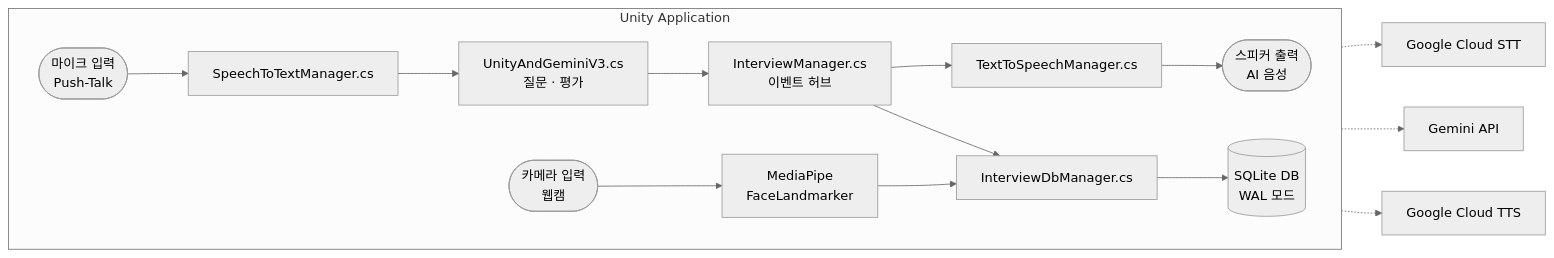
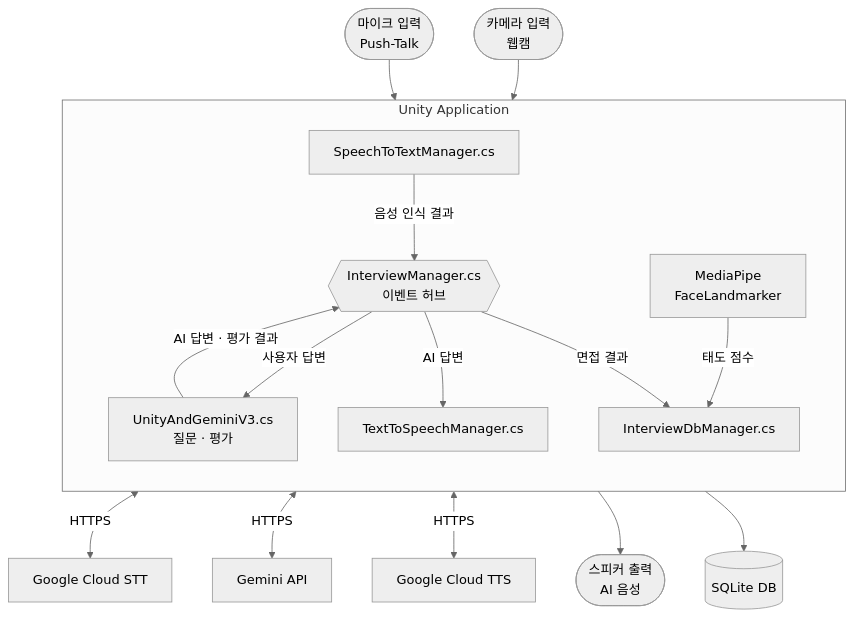
One commit to GoldenCreature/AI-Interview-Coach changed the first of 2 diagrams in README.md. Above: the diagram before and after it, drawn with Mermaid (neutral theme). The commit also changed other lines of this file, not shown here.

````diff
--- a/README.md
+++ b/README.md
@@ -52,19 +51,35 @@
 ```mermaid
-flowchart LR
+flowchart TB
+    Mic(["마이크 입력<br/>Push-Talk"])
+    Cam(["카메라 입력<br/>웹캠"])
+    Spk(["스피커 출력<br/>AI 음성"])
+
     subgraph Unity["Unity Application"]
-        direction LR
-        Mic(["마이크 입력<br/>Push-Talk"]) --> STT["SpeechToTextManager.cs"]
-        STT --> GEM["UnityAndGeminiV3.cs<br/>질문 · 평가"]
-        GEM --> IM["InterviewManager.cs<br/>이벤트 허브"]
-        IM --> TTS["TextToSpeechManager.cs"]
-        TTS --> Spk(["스피커 출력<br/>AI 음성"])
-        Cam(["카메라 입력<br/>웹캠"]) --> MP["MediaPipe<br/>FaceLandmarker"]
-        MP --> DBM["InterviewDbManager.cs"]
-        IM --> DBM
-        DBM --> SQL[("SQLite DB<br/>WAL 모드")]
+        direction TB
+        MP["MediaPipe<br/>FaceLandmarker"]
+        STT["SpeechToTextManager.cs"]
+        IM{{"InterviewManager.cs<br/>이벤트 허브"}}
+        GEM["UnityAndGeminiV3.cs<br/>질문 · 평가"]
+        TTS["TextToSpeechManager.cs"]
+        DBM["InterviewDbManager.cs"]
     end
 
-    STT -.-> GSTT["Google Cloud STT"]
-    GEM -.-> GAPI["Gemini API"]
-    TTS -.-> GTTS["Google Cloud TTS"]
+    GSTT["Google Cloud STT"]
+    GAPI["Gemini API"]
+    GTTS["Google Cloud TTS"]
+    SQL[("SQLite DB")]
+
+    Mic --> STT
+    STT <-->|"HTTPS"| GSTT
+    STT -->|"음성 인식 결과"| IM
+    IM -->|"사용자 답변"| GEM
+    GEM <-->|"HTTPS"| GAPI
+    GEM -->|"AI 답변 · 평가 결과"| IM
+    IM -->|"AI 답변"| TTS
+    TTS <-->|"HTTPS"| GTTS
+    TTS --> Spk
+    Cam --> MP
+    MP -->|"태도 점수"| DBM
+    IM -->|"면접 결과"| DBM
+    DBM --> SQL
 ```
````
